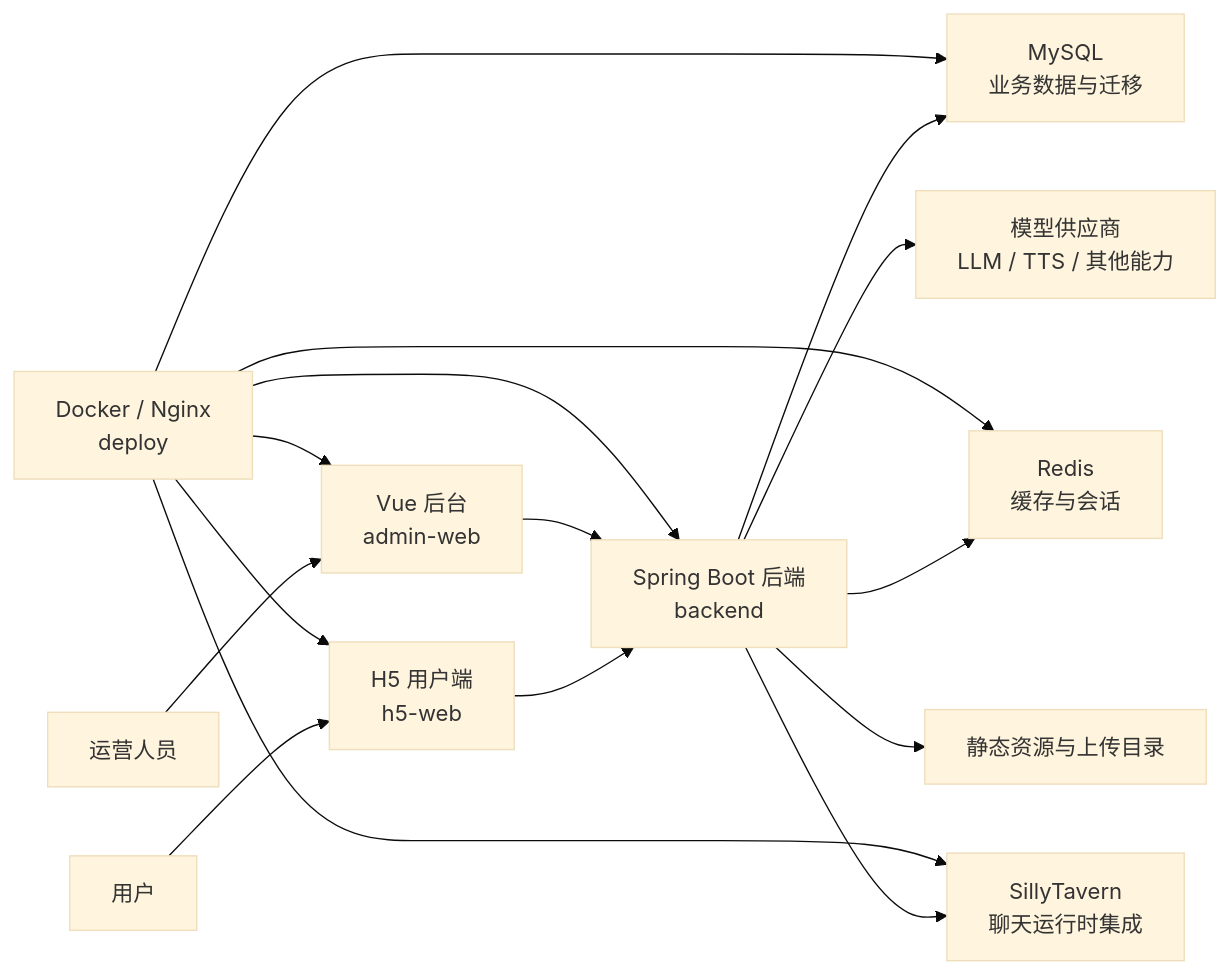
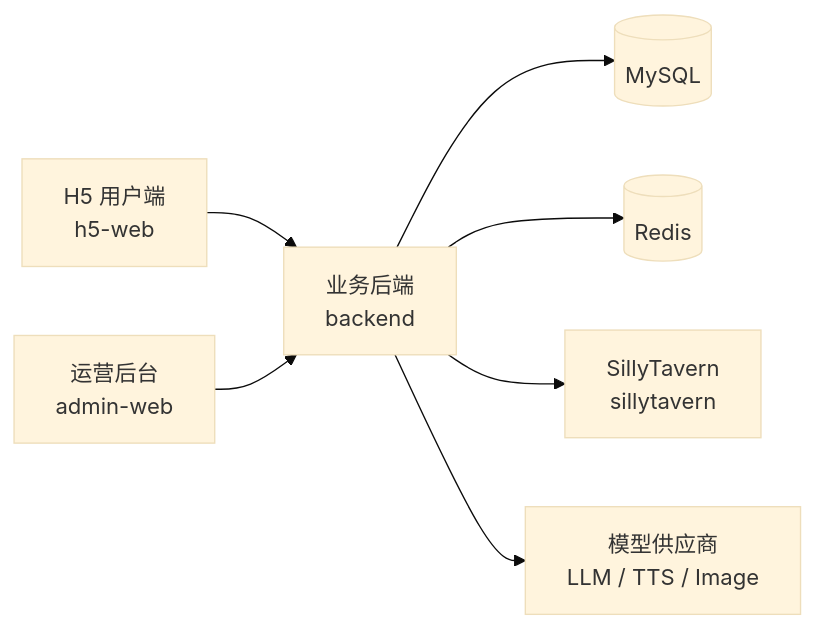
Before and after one commit to pqiyao/siyeAI: the diagram in README.md, drawn with Mermaid (base theme). The commit also changed other lines of this file and 2 other files, not shown here.

````diff
--- a/README.md
+++ b/README.md
@@ -101,21 +38,9 @@
 ```mermaid
 flowchart LR
-  User["用户"] --> H5["H5 用户端<br/>h5-web"]
-  Admin["运营人员"] --> AdminWeb["Vue 后台<br/>admin-web"]
-
-  H5 --> API["Spring Boot 后端<br/>backend"]
-  AdminWeb --> API
-
-  API --> DB["MySQL<br/>业务数据与迁移"]
-  API --> Redis["Redis<br/>缓存与会话"]
-  API --> ST["SillyTavern<br/>聊天运行时集成"]
-  API --> Model["模型供应商<br/>LLM / TTS / 其他能力"]
-  API --> Uploads["静态资源与上传目录"]
-
-  Deploy["Docker / Nginx<br/>deploy"] --> H5
-  Deploy --> AdminWeb
-  Deploy --> API
-  Deploy --> DB
-  Deploy --> Redis
-  Deploy --> ST
+  H5["H5 用户端<br/>h5-web"] --> API["业务后端<br/>backend"]
+  Admin["运营后台<br/>admin-web"] --> API
+  API --> MySQL[(MySQL)]
+  API --> Redis[(Redis)]
+  API --> ST["SillyTavern<br/>sillytavern"]
+  API --> Providers["模型供应商<br/>LLM / TTS / Image"]
 ```
````
